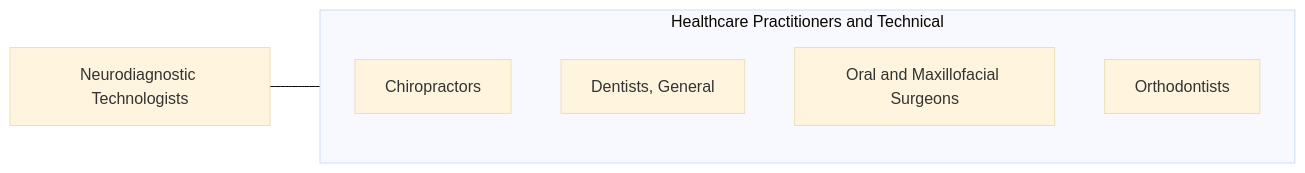
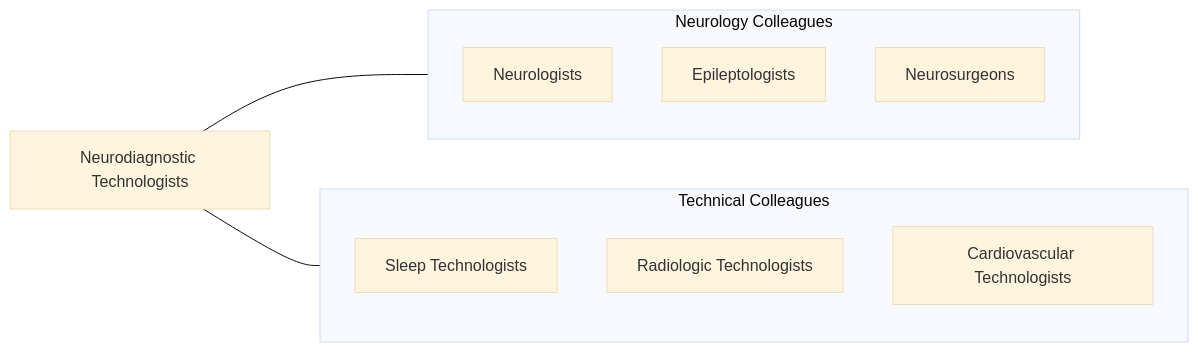
Before and after one commit to kziemski/business.org.ai: the fourth of 4 diagrams in occupations/HealthcarePractitioners/NeurodiagnosticTechnologists.mdx, drawn with Mermaid (base theme). The commit also changed other lines of this file and 938 other files, not shown here.

````diff
--- a/occupations/HealthcarePractitioners/NeurodiagnosticTechnologists.mdx
+++ b/occupations/HealthcarePractitioners/NeurodiagnosticTechnologists.mdx
@@ -118,13 +181,19 @@
 ```mermaid
 graph LR
     Current["Neurodiagnostic Technologists"]
 
-    subgraph SameCategory["Healthcare Practitioners and Technical"]
-        Chiropractors["Chiropractors"]
-        DentistsGeneral["Dentists, General"]
-        OralAndMaxillofacial["Oral and Maxillofacial Surgeons"]
-        Orthodontists["Orthodontists"]
+    subgraph NeuroTeam["Neurology Colleagues"]
+        Neurologists["Neurologists"]
+        Epileptologists["Epileptologists"]
+        Neurosurgeons["Neurosurgeons"]
     end
 
-    Current --- SameCategory
+    subgraph TechTeam["Technical Colleagues"]
+        SleepTechs["Sleep Technologists"]
+        RadTechs["Radiologic Technologists"]
+        CardioTechs["Cardiovascular Technologists"]
+    end
+
+    Current --- NeuroTeam
+    Current --- TechTeam
 ```
````
